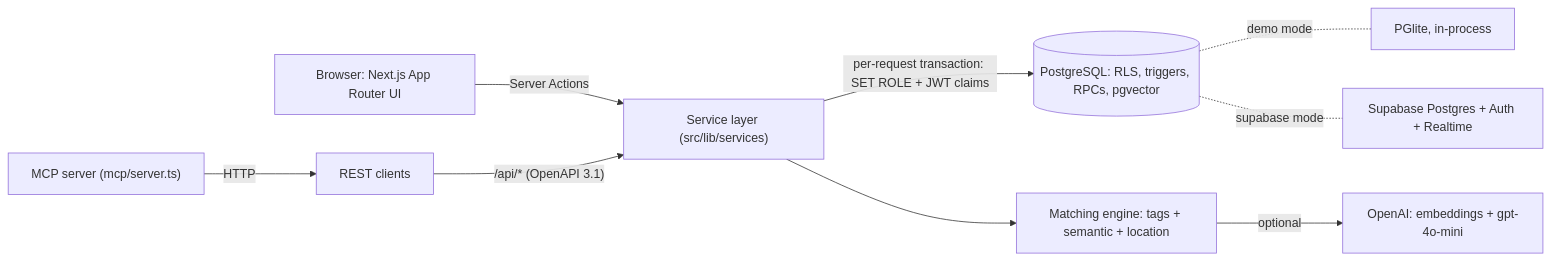
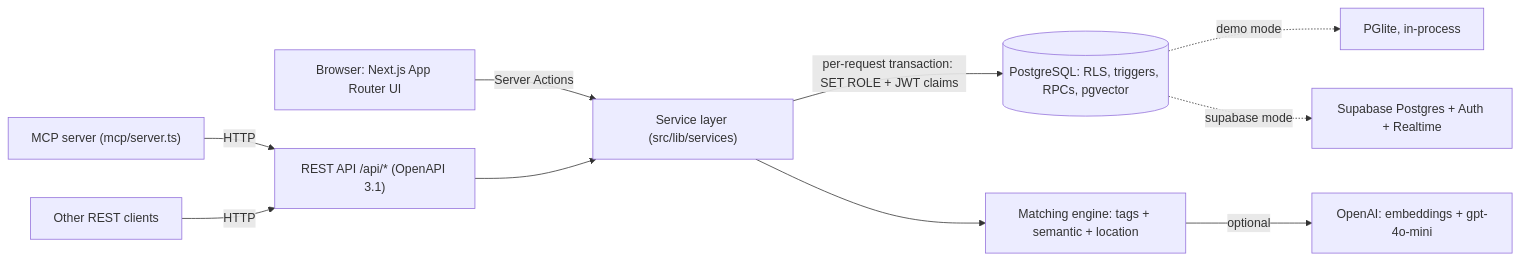
The diagram in README.md (mmandragiu/gata-marketplace), drawn with Mermaid before and after one commit.

Commit message:
Clarify architecture diagram in README

````diff
--- a/README.md
+++ b/README.md
@@ -114,11 +114,12 @@
 ```mermaid
 flowchart LR
   UI["Browser: Next.js App Router UI"] -->|Server Actions| SVC["Service layer (src/lib/services)"]
-  REST["REST clients"] -->|"/api/* (OpenAPI 3.1)"| SVC
-  MCP["MCP server (mcp/server.ts)"] -->|HTTP| REST
+  MCP["MCP server (mcp/server.ts)"] -->|HTTP| API["REST API /api/* (OpenAPI 3.1)"]
+  EXT["Other REST clients"] -->|HTTP| API
+  API --> SVC
   SVC -->|"per-request transaction: SET ROLE + JWT claims"| DB[("PostgreSQL: RLS, triggers, RPCs, pgvector")]
   SVC --> MATCH["Matching engine: tags + semantic + location"]
   MATCH -->|optional| OAI["OpenAI: embeddings + gpt-4o-mini"]
-  DB -. demo mode .- PGL["PGlite, in-process"]
-  DB -. supabase mode .- SB["Supabase Postgres + Auth + Realtime"]
+  DB -. demo mode .-> PGL["PGlite, in-process"]
+  DB -. supabase mode .-> SB["Supabase Postgres + Auth + Realtime"]
 ```
````
